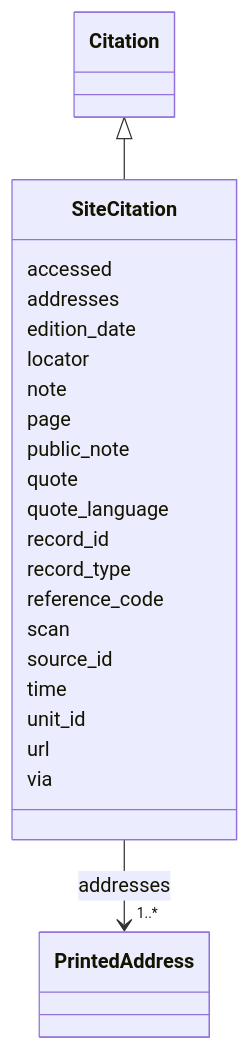
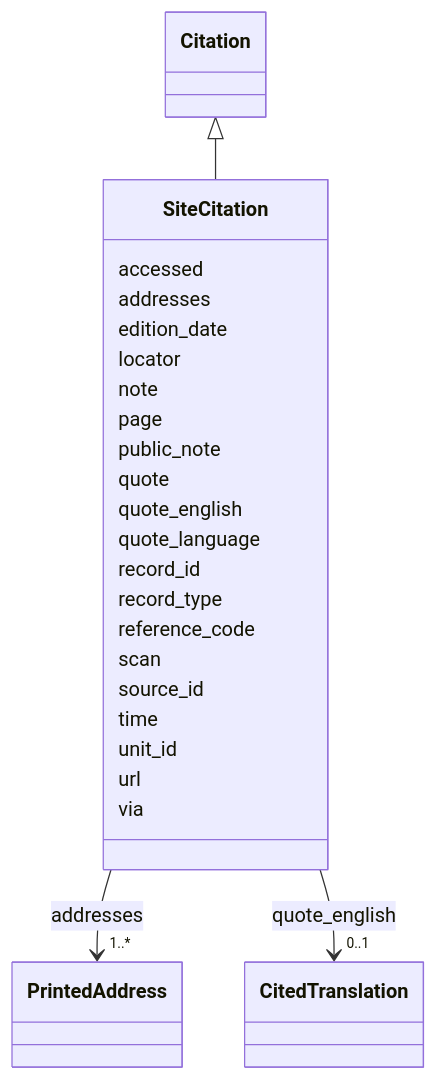
One commit to dsmedia/pruzhany-schema changed the diagram in linkml/generated/docs/shared_record/SiteCitation.md. Above: the diagram before and after it, drawn with Mermaid. The commit also changed other lines of this file and 581 other files, not shown here.

First line of the commit message:
Carry cited English without requiring image boxes

````diff
--- a/linkml/generated/docs/shared_record/SiteCitation.md
+++ b/linkml/generated/docs/shared_record/SiteCitation.md
@@ -23,54 +23,65 @@
 ```mermaid
  classDiagram
     class SiteCitation
     click SiteCitation href "../SiteCitation/"
       Citation <|-- SiteCitation
         click Citation href "../Citation/"
       
       SiteCitation : accessed
         
       SiteCitation : addresses
         
           
     
         
         
         SiteCitation --> "1..*" PrintedAddress : addresses
         click PrintedAddress href "../PrintedAddress/"
     
 
         
       SiteCitation : edition_date
         
       SiteCitation : locator
         
       SiteCitation : note
         
       SiteCitation : page
         
       SiteCitation : public_note
         
       SiteCitation : quote
         
+      SiteCitation : quote_english
+        
+          
+    
+        
+        
+        SiteCitation --> "0..1" CitedTranslation : quote_english
+        click CitedTranslation href "../CitedTranslation/"
+    
+
+        
       SiteCitation : quote_language
         
       SiteCitation : record_id
         
       SiteCitation : record_type
         
       SiteCitation : reference_code
         
       SiteCitation : scan
         
       SiteCitation : source_id
         
       SiteCitation : time
         
       SiteCitation : unit_id
         
       SiteCitation : url
         
       SiteCitation : via
         
       
 ```
````
